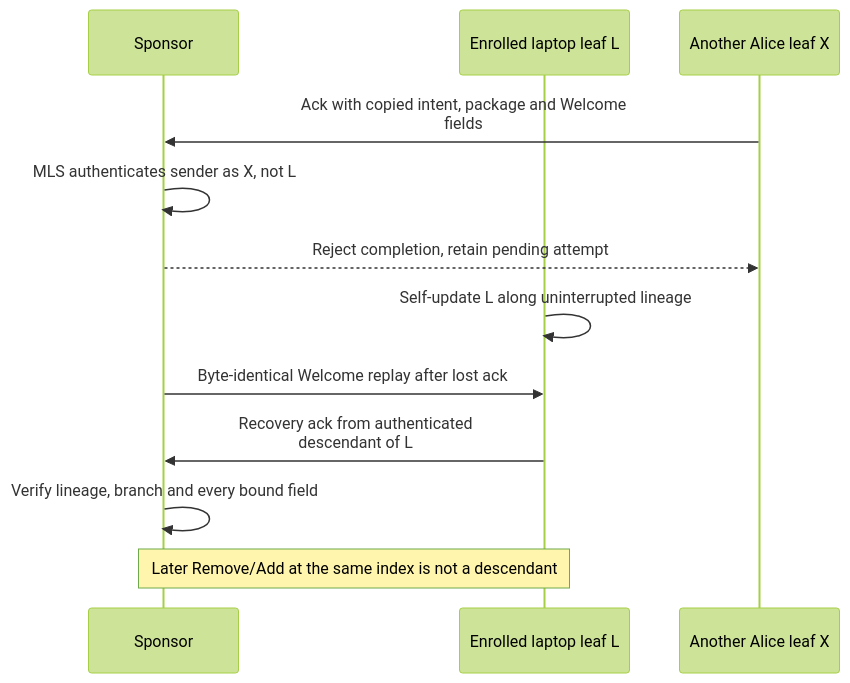
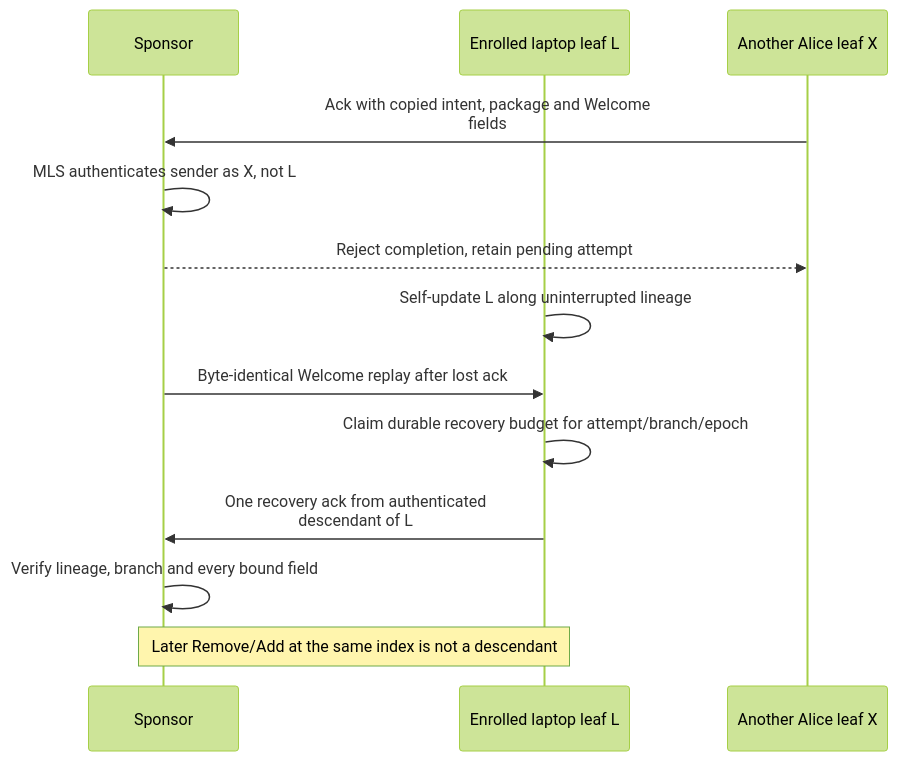
Before and after one commit to liamhelmer/marmot: the fourth of 8 diagrams in features/multi-device/flows-and-threats.md, drawn with Mermaid (forest theme). The commit also changed other lines of this file and 5 other files, not shown here.

````diff
--- a/features/multi-device/flows-and-threats.md
+++ b/features/multi-device/flows-and-threats.md
@@ -129,14 +133,15 @@
 ```mermaid
 sequenceDiagram
     participant S as Sponsor
     participant J as Enrolled laptop leaf L
     participant X as Another Alice leaf X
     X->>S: Ack with copied intent, package and Welcome<br/>fields
     S->>S: MLS authenticates sender as X, not L
     S-->>X: Reject completion, retain pending attempt
     J->>J: Self-update L along uninterrupted lineage
     S->>J: Byte-identical Welcome replay after lost ack
-    J->>S: Recovery ack from authenticated<br/>descendant of L
+    J->>J: Claim durable recovery budget for attempt/branch/epoch
+    J->>S: One recovery ack from authenticated<br/>descendant of L
     S->>S: Verify lineage, branch and every bound field
     Note over S,J: Later Remove/Add at the same index is not a descendant
 ```
````
